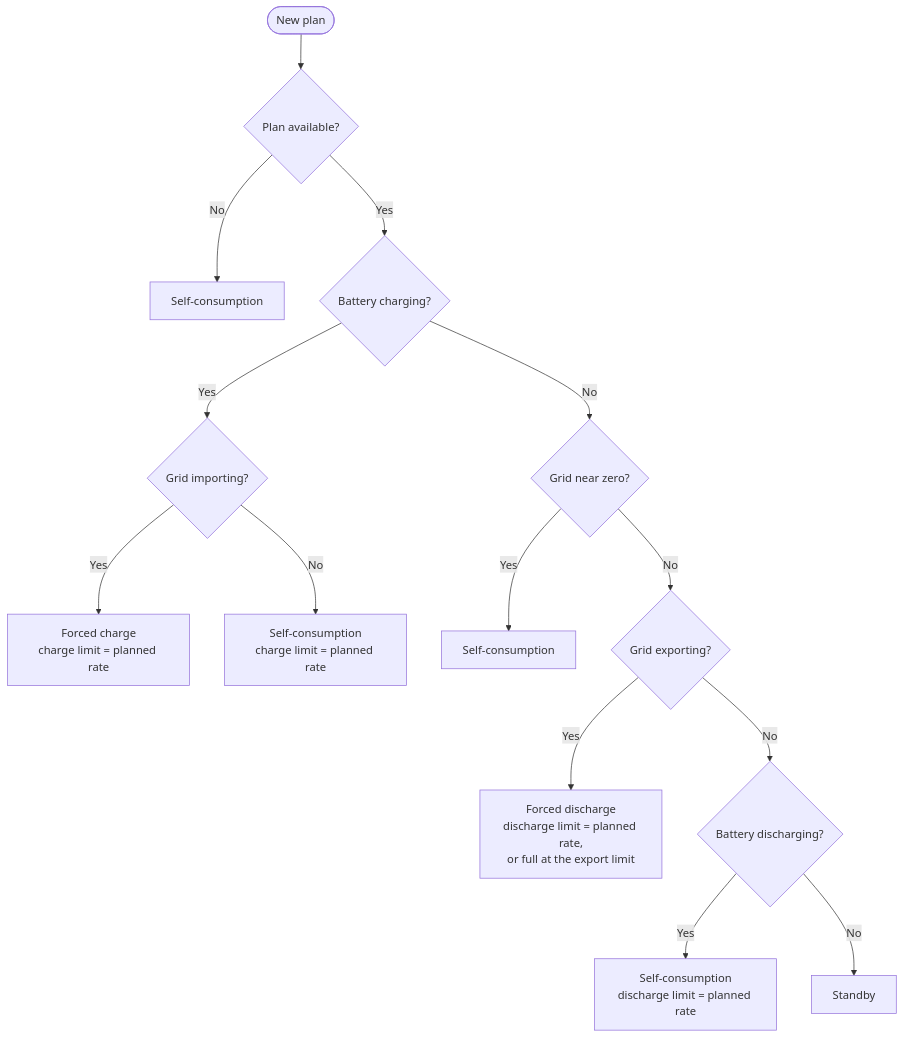
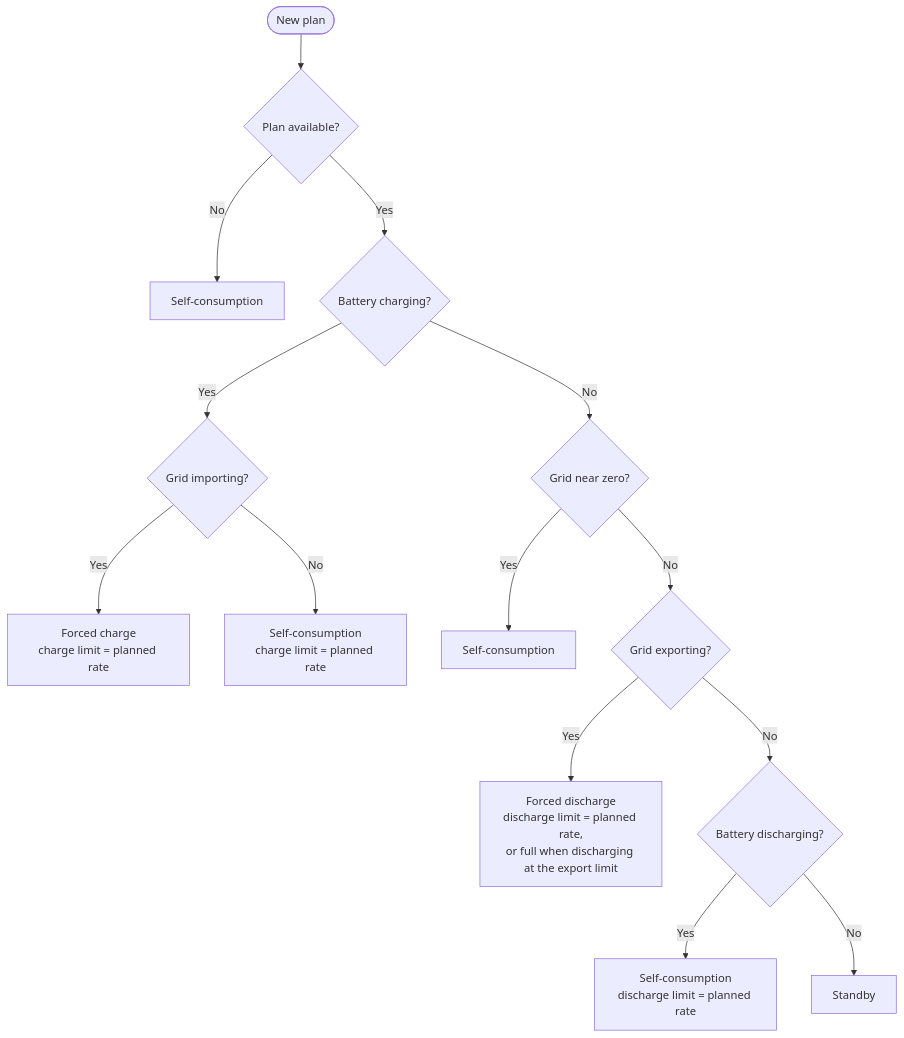
Before and after one commit to hass-energy/haeo: the diagram in docs/user-guide/automations.md, drawn with Mermaid. The commit also changed other lines of this file and 2 other files, not shown here.

````diff
--- a/docs/user-guide/automations.md
+++ b/docs/user-guide/automations.md
@@ -65,16 +60,16 @@
 ```mermaid
 flowchart TD
     Start([New plan]) --> Avail{Plan available?}
     Avail -- No --> SC1[Self-consumption]
     Avail -- Yes --> Chg{Battery charging?}
     Chg -- Yes --> Imp{Grid importing?}
     Imp -- Yes --> FC[Forced charge<br/>charge limit = planned rate]
     Imp -- No --> SC2[Self-consumption<br/>charge limit = planned rate]
     Chg -- No --> Zero{Grid near zero?}
     Zero -- Yes --> SC3[Self-consumption]
     Zero -- No --> Exp{Grid exporting?}
-    Exp -- Yes --> FD[Forced discharge<br/>discharge limit = planned rate,<br/>or full at the export limit]
+    Exp -- Yes --> FD[Forced discharge<br/>discharge limit = planned rate,<br/>or full when discharging at the export limit]
     Exp -- No --> Dis{Battery discharging?}
     Dis -- Yes --> SC4[Self-consumption<br/>discharge limit = planned rate]
     Dis -- No --> SB[Standby]
 ```
````
